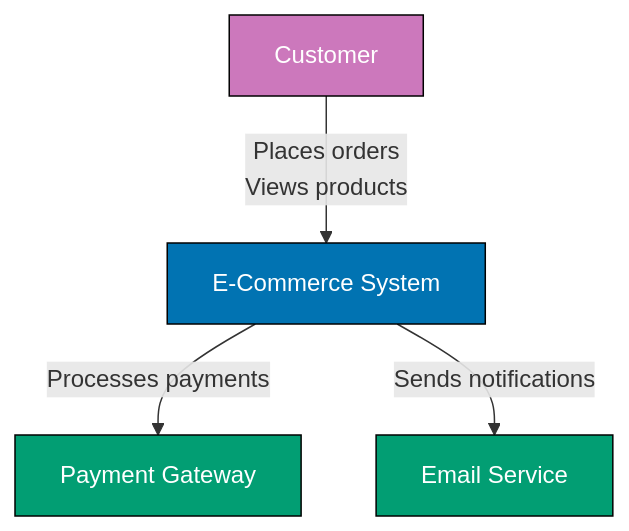
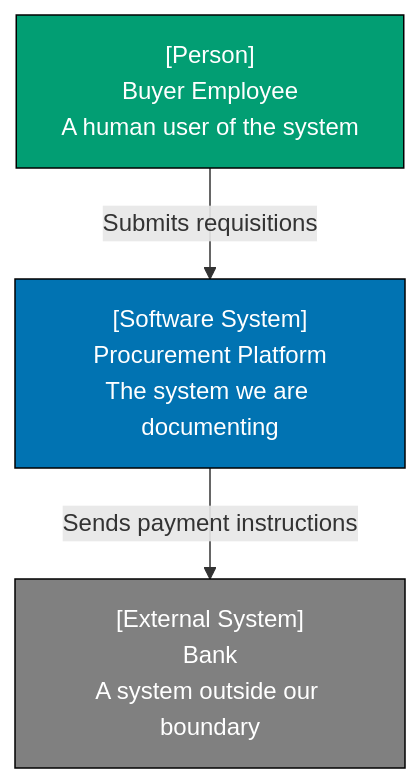
The second of 30 diagrams in apps/ayokoding-web/content/en/learn/software-engineering/architecture/c4-architecture-model/by-example/beginner.md (wahidyankf/open-sharia-enterprise), drawn with Mermaid before and after one commit. The commit also changed other lines of this file and 38 other files, not shown here.

First line of the commit message:
docs(ayokoding-web): unify architecture tutorials on shared P2P domain

````diff
--- a/apps/ayokoding-web/content/en/learn/software-engineering/architecture/c4-architecture-model/by-example/beginner.md
+++ b/apps/ayokoding-web/content/en/learn/software-engineering/architecture/c4-architecture-model/by-example/beginner.md
@@ -52,16 +54,13 @@
 ```mermaid
 graph TD
-    A["Customer"]
-    B["E-Commerce System"]
-    C["Payment Gateway"]
-    D["Email Service"]
+    PersonEl["[Person]<br/>Buyer Employee<br/>A human user of the system"]
+    SystemEl["[Software System]<br/>Procurement Platform<br/>The system we are documenting"]
+    ExtEl["[External System]<br/>Bank<br/>A system outside our boundary"]
 
-    A -->|"Places orders<br/>Views products"| B
-    B -->|"Processes payments"| C
-    B -->|"Sends notifications"| D
+    PersonEl -->|"Submits requisitions"| SystemEl
+    SystemEl -->|"Sends payment instructions"| ExtEl
 
-    style A fill:#CC78BC,stroke:#000,color:#fff
-    style B fill:#0173B2,stroke:#000,color:#fff
-    style C fill:#029E73,stroke:#000,color:#fff
-    style D fill:#029E73,stroke:#000,color:#fff
+    style PersonEl fill:#029E73,stroke:#000,color:#fff
+    style SystemEl fill:#0173B2,stroke:#000,color:#fff
+    style ExtEl fill:#808080,stroke:#000,color:#fff
 ```
````
